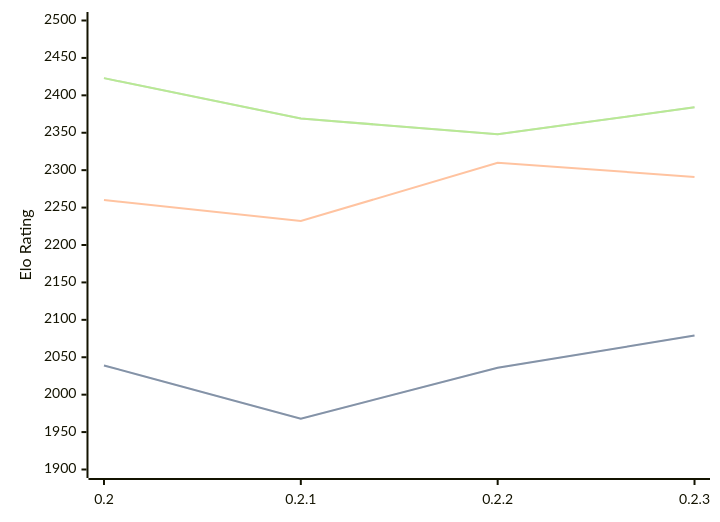
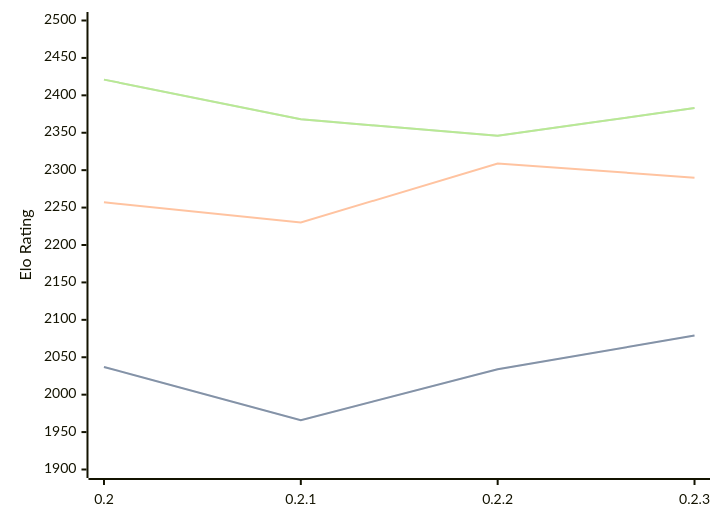
Before and after one commit to computer-chess-index/cci: the diagram in engines/Lolbot.md, drawn with Mermaid. The commit also changed other lines of this file, not shown here.

Commit message:
Update CCI Ratings (ELO VLTC) - 2026-02-18

````diff
--- a/engines/Lolbot.md
+++ b/engines/Lolbot.md
@@ -32,11 +32,11 @@
 ```mermaid
 %%{init: {"theme":"base","themeVariables":{"seriesColors:['#a3a3a3','#222221','#faa371']}}}%%
 xychart-beta
   x-axis ["0.2", "0.2.1", "0.2.2", "0.2.3"]
   y-axis "Elo Rating" 1900 --> 2500
-  line "STC (8.0+0.08s)" [2039, 1968, 2036, 2079]
-  line "STC (8.0+0.08s)" [2039, 1968, 2036, 2079]
-  line "LTC (60.0+0.60s)" [2260, 2232, 2310, 2291]
-  line "VLTC (2m24s+1.12s)" [2423, 2369, 2348, 2384]
-  line "VLTC (2m24s+1.12s)" [2423, 2369, 2348, 2384]
+  line "STC (8.0+0.08s)" [2037, 1966, 2034, 2079]
+  line "STC (8.0+0.08s)" [2037, 1966, 2034, 2079]
+  line "LTC (60.0+0.60s)" [2257, 2230, 2309, 2290]
+  line "VLTC (2m24s+1.12s)" [2421, 2368, 2346, 2383]
+  line "VLTC (2m24s+1.12s)" [2421, 2368, 2346, 2383]
 ```
````
